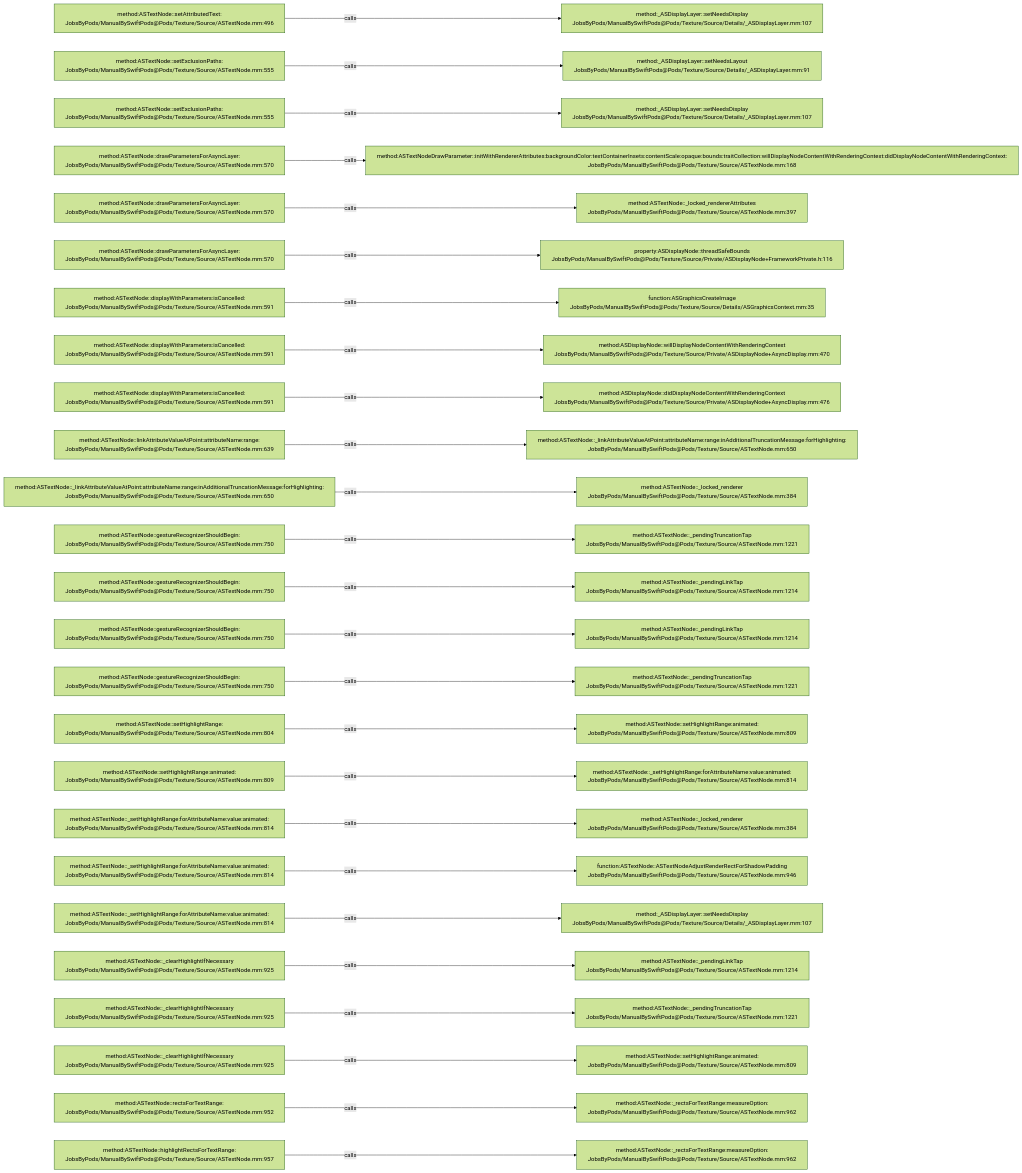
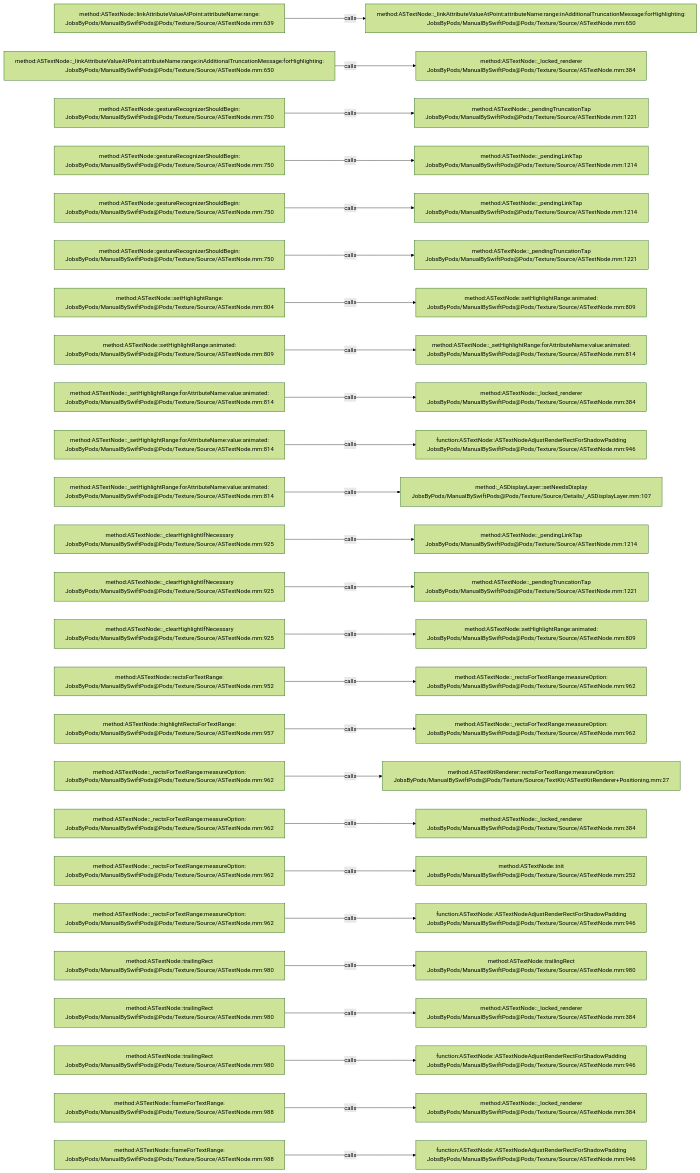
Before and after one commit to JobsKits/JobsSwiftBaseConfigDemo: the diagram in .codegraph/codegraph.md/graphs/calls-067.md, drawn with Mermaid (forest theme). The commit also changed 707 other files, not shown here.

````diff
--- a/.codegraph/codegraph.md/graphs/calls-067.md
+++ b/.codegraph/codegraph.md/graphs/calls-067.md
@@ -13,78 +13,78 @@
 ```mermaid
 flowchart LR
-  S1["method:ASTextNode::setAttributedText:<br/>JobsByPods/ManualBySwiftPods@Pods/Texture/Source/ASTextNode.mm:496"]
-  T1["method:_ASDisplayLayer::setNeedsDisplay<br/>JobsByPods/ManualBySwiftPods@Pods/Texture/Source/Details/_ASDisplayLayer.mm:107"]
+  S1["method:ASTextNode::linkAttributeValueAtPoint:attributeName:range:<br/>JobsByPods/ManualBySwiftPods@Pods/Texture/Source/ASTextNode.mm:639"]
+  T1["method:ASTextNode::_linkAttributeValueAtPoint:attributeName:range:inAdditionalTruncationMessage:forHighlighting:<br/>JobsByPods/ManualBySwiftPods@Pods/Texture/Source/ASTextNode.mm:650"]
   S1 -->|calls| T1
-  S2["method:ASTextNode::setExclusionPaths:<br/>JobsByPods/ManualBySwiftPods@Pods/Texture/Source/ASTextNode.mm:555"]
-  T2["method:_ASDisplayLayer::setNeedsLayout<br/>JobsByPods/ManualBySwiftPods@Pods/Texture/Source/Details/_ASDisplayLayer.mm:91"]
+  S2["method:ASTextNode::_linkAttributeValueAtPoint:attributeName:range:inAdditionalTruncationMessage:forHighlighting:<br/>JobsByPods/ManualBySwiftPods@Pods/Texture/Source/ASTextNode.mm:650"]
+  T2["method:ASTextNode::_locked_renderer<br/>JobsByPods/ManualBySwiftPods@Pods/Texture/Source/ASTextNode.mm:384"]
   S2 -->|calls| T2
-  S3["method:ASTextNode::setExclusionPaths:<br/>JobsByPods/ManualBySwiftPods@Pods/Texture/Source/ASTextNode.mm:555"]
-  T3["method:_ASDisplayLayer::setNeedsDisplay<br/>JobsByPods/ManualBySwiftPods@Pods/Texture/Source/Details/_ASDisplayLayer.mm:107"]
+  S3["method:ASTextNode::gestureRecognizerShouldBegin:<br/>JobsByPods/ManualBySwiftPods@Pods/Texture/Source/ASTextNode.mm:750"]
+  T3["method:ASTextNode::_pendingTruncationTap<br/>JobsByPods/ManualBySwiftPods@Pods/Texture/Source/ASTextNode.mm:1221"]
   S3 -->|calls| T3
-  S4["method:ASTextNode::drawParametersForAsyncLayer:<br/>JobsByPods/ManualBySwiftPods@Pods/Texture/Source/ASTextNode.mm:570"]
-  T4["method:ASTextNodeDrawParameter::initWithRendererAttributes:backgroundColor:textContainerInsets:contentScale:opaque:bounds:traitCollection:willDisplayNodeContentWithRenderingContext:didDisplayNodeContentWithRenderingContext:<br/>JobsByPods/ManualBySwiftPods@Pods/Texture/Source/ASTextNode.mm:168"]
+  S4["method:ASTextNode::gestureRecognizerShouldBegin:<br/>JobsByPods/ManualBySwiftPods@Pods/Texture/Source/ASTextNode.mm:750"]
+  T4["method:ASTextNode::_pendingLinkTap<br/>JobsByPods/ManualBySwiftPods@Pods/Texture/Source/ASTextNode.mm:1214"]
   S4 -->|calls| T4
-  S5["method:ASTextNode::drawParametersForAsyncLayer:<br/>JobsByPods/ManualBySwiftPods@Pods/Texture/Source/ASTextNode.mm:570"]
-  T5["method:ASTextNode::_locked_rendererAttributes<br/>JobsByPods/ManualBySwiftPods@Pods/Texture/Source/ASTextNode.mm:397"]
+  S5["method:ASTextNode::gestureRecognizerShouldBegin:<br/>JobsByPods/ManualBySwiftPods@Pods/Texture/Source/ASTextNode.mm:750"]
+  T5["method:ASTextNode::_pendingLinkTap<br/>JobsByPods/ManualBySwiftPods@Pods/Texture/Source/ASTextNode.mm:1214"]
   S5 -->|calls| T5
-  S6["method:ASTextNode::drawParametersForAsyncLayer:<br/>JobsByPods/ManualBySwiftPods@Pods/Texture/Source/ASTextNode.mm:570"]
-  T6["property:ASDisplayNode::threadSafeBounds<br/>JobsByPods/ManualBySwiftPods@Pods/Texture/Source/Private/ASDisplayNode+FrameworkPrivate.h:116"]
+  S6["method:ASTextNode::gestureRecognizerShouldBegin:<br/>JobsByPods/ManualBySwiftPods@Pods/Texture/Source/ASTextNode.mm:750"]
+  T6["method:ASTextNode::_pendingTruncationTap<br/>JobsByPods/ManualBySwiftPods@Pods/Texture/Source/ASTextNode.mm:1221"]
   S6 -->|calls| T6
-  S7["method:ASTextNode::displayWithParameters:isCancelled:<br/>JobsByPods/ManualBySwiftPods@Pods/Texture/Source/ASTextNode.mm:591"]
-  T7["function:ASGraphicsCreateImage<br/>JobsByPods/ManualBySwiftPods@Pods/Texture/Source/Details/ASGraphicsContext.mm:35"]
+  S7["method:ASTextNode::setHighlightRange:<br/>JobsByPods/ManualBySwiftPods@Pods/Texture/Source/ASTextNode.mm:804"]
+  T7["method:ASTextNode::setHighlightRange:animated:<br/>JobsByPods/ManualBySwiftPods@Pods/Texture/Source/ASTextNode.mm:809"]
   S7 -->|calls| T7
-  S8["method:ASTextNode::displayWithParameters:isCancelled:<br/>JobsByPods/ManualBySwiftPods@Pods/Texture/Source/ASTextNode.mm:591"]
-  T8["method:ASDisplayNode::willDisplayNodeContentWithRenderingContext<br/>JobsByPods/ManualBySwiftPods@Pods/Texture/Source/Private/ASDisplayNode+AsyncDisplay.mm:470"]
+  S8["method:ASTextNode::setHighlightRange:animated:<br/>JobsByPods/ManualBySwiftPods@Pods/Texture/Source/ASTextNode.mm:809"]
+  T8["method:ASTextNode::_setHighlightRange:forAttributeName:value:animated:<br/>JobsByPods/ManualBySwiftPods@Pods/Texture/Source/ASTextNode.mm:814"]
   S8 -->|calls| T8
-  S9["method:ASTextNode::displayWithParameters:isCancelled:<br/>JobsByPods/ManualBySwiftPods@Pods/Texture/Source/ASTextNode.mm:591"]
-  T9["method:ASDisplayNode::didDisplayNodeContentWithRenderingContext<br/>JobsByPods/ManualBySwiftPods@Pods/Texture/Source/Private/ASDisplayNode+AsyncDisplay.mm:476"]
+  S9["method:ASTextNode::_setHighlightRange:forAttributeName:value:animated:<br/>JobsByPods/ManualBySwiftPods@Pods/Texture/Source/ASTextNode.mm:814"]
+  T9["method:ASTextNode::_locked_renderer<br/>JobsByPods/ManualBySwiftPods@Pods/Texture/Source/ASTextNode.mm:384"]
   S9 -->|calls| T9
-  S10["method:ASTextNode::linkAttributeValueAtPoint:attributeName:range:<br/>JobsByPods/ManualBySwiftPods@Pods/Texture/Source/ASTextNode.mm:639"]
-  T10["method:ASTextNode::_linkAttributeValueAtPoint:attributeName:range:inAdditionalTruncationMessage:forHighlighting:<br/>JobsByPods/ManualBySwiftPods@Pods/Texture/Source/ASTextNode.mm:650"]
+  S10["method:ASTextNode::_setHighlightRange:forAttributeName:value:animated:<br/>JobsByPods/ManualBySwiftPods@Pods/Texture/Source/ASTextNode.mm:814"]
+  T10["function:ASTextNode::ASTextNodeAdjustRenderRectForShadowPadding<br/>JobsByPods/ManualBySwiftPods@Pods/Texture/Source/ASTextNode.mm:946"]
   S10 -->|calls| T10
-  S11["method:ASTextNode::_linkAttributeValueAtPoint:attributeName:range:inAdditionalTruncationMessage:forHighlighting:<br/>JobsByPods/ManualBySwiftPods@Pods/Texture/Source/ASTextNode.mm:650"]
-  T11["method:ASTextNode::_locked_renderer<br/>JobsByPods/ManualBySwiftPods@Pods/Texture/Source/ASTextNode.mm:384"]
+  S11["method:ASTextNode::_setHighlightRange:forAttributeName:value:animated:<br/>JobsByPods/ManualBySwiftPods@Pods/Texture/Source/ASTextNode.mm:814"]
+  T11["method:_ASDisplayLayer::setNeedsDisplay<br/>JobsByPods/ManualBySwiftPods@Pods/Texture/Source/Details/_ASDisplayLayer.mm:107"]
   S11 -->|calls| T11
-  S12["method:ASTextNode::gestureRecognizerShouldBegin:<br/>JobsByPods/ManualBySwiftPods@Pods/Texture/Source/ASTextNode.mm:750"]
-  T12["method:ASTextNode::_pendingTruncationTap<br/>JobsByPods/ManualBySwiftPods@Pods/Texture/Source/ASTextNode.mm:1221"]
+  S12["method:ASTextNode::_clearHighlightIfNecessary<br/>JobsByPods/ManualBySwiftPods@Pods/Texture/Source/ASTextNode.mm:925"]
+  T12["method:ASTextNode::_pendingLinkTap<br/>JobsByPods/ManualBySwiftPods@Pods/Texture/Source/ASTextNode.mm:1214"]
   S12 -->|calls| T12
-  S13["method:ASTextNode::gestureRecognizerShouldBegin:<br/>JobsByPods/ManualBySwiftPods@Pods/Texture/Source/ASTextNode.mm:750"]
-  T13["method:ASTextNode::_pendingLinkTap<br/>JobsByPods/ManualBySwiftPods@Pods/Texture/Source/ASTextNode.mm:1214"]
+  S13["method:ASTextNode::_clearHighlightIfNecessary<br/>JobsByPods/ManualBySwiftPods@Pods/Texture/Source/ASTextNode.mm:925"]
+  T13["method:ASTextNode::_pendingTruncationTap<br/>JobsByPods/ManualBySwiftPods@Pods/Texture/Source/ASTextNode.mm:1221"]
   S13 -->|calls| T13
-  S14["method:ASTextNode::gestureRecognizerShouldBegin:<br/>JobsByPods/ManualBySwiftPods@Pods/Texture/Source/ASTextNode.mm:750"]
-  T14["method:ASTextNode::_pendingLinkTap<br/>JobsByPods/ManualBySwiftPods@Pods/Texture/Source/ASTextNode.mm:1214"]
+  S14["method:ASTextNode::_clearHighlightIfNecessary<br/>JobsByPods/ManualBySwiftPods@Pods/Texture/Source/ASTextNode.mm:925"]
+  T14["method:ASTextNode::setHighlightRange:animated:<br/>JobsByPods/ManualBySwiftPods@Pods/Texture/Source/ASTextNode.mm:809"]
   S14 -->|calls| T14
-  S15["method:ASTextNode::gestureRecognizerShouldBegin:<br/>JobsByPods/ManualBySwiftPods@Pods/Texture/Source/ASTextNode.mm:750"]
-  T15["method:ASTextNode::_pendingTruncationTap<br/>JobsByPods/ManualBySwiftPods@Pods/Texture/Source/ASTextNode.mm:1221"]
+  S15["method:ASTextNode::rectsForTextRange:<br/>JobsByPods/ManualBySwiftPods@Pods/Texture/Source/ASTextNode.mm:952"]
+  T15["method:ASTextNode::_rectsForTextRange:measureOption:<br/>JobsByPods/ManualBySwiftPods@Pods/Texture/Source/ASTextNode.mm:962"]
   S15 -->|calls| T15
-  S16["method:ASTextNode::setHighlightRange:<br/>JobsByPods/ManualBySwiftPods@Pods/Texture/Source/ASTextNode.mm:804"]
-  T16["method:ASTextNode::setHighlightRange:animated:<br/>JobsByPods/ManualBySwiftPods@Pods/Texture/Source/ASTextNode.mm:809"]
+  S16["method:ASTextNode::highlightRectsForTextRange:<br/>JobsByPods/ManualBySwiftPods@Pods/Texture/Source/ASTextNode.mm:957"]
+  T16["method:ASTextNode::_rectsForTextRange:measureOption:<br/>JobsByPods/ManualBySwiftPods@Pods/Texture/Source/ASTextNode.mm:962"]
   S16 -->|calls| T16
-  S17["method:ASTextNode::setHighlightRange:animated:<br/>JobsByPods/ManualBySwiftPods@Pods/Texture/Source/ASTextNode.mm:809"]
-  T17["method:ASTextNode::_setHighlightRange:forAttributeName:value:animated:<br/>JobsByPods/ManualBySwiftPods@Pods/Texture/Source/ASTextNode.mm:814"]
+  S17["method:ASTextNode::_rectsForTextRange:measureOption:<br/>JobsByPods/ManualBySwiftPods@Pods/Texture/Source/ASTextNode.mm:962"]
+  T17["method:ASTextKitRenderer::rectsForTextRange:measureOption:<br/>JobsByPods/ManualBySwiftPods@Pods/Texture/Source/TextKit/ASTextKitRenderer+Positioning.mm:27"]
   S17 -->|calls| T17
-  S18["method:ASTextNode::_setHighlightRange:forAttributeName:value:animated:<br/>JobsByPods/ManualBySwiftPods@Pods/Texture/Source/ASTextNode.mm:814"]
+  S18["method:ASTextNode::_rectsForTextRange:measureOption:<br/>JobsByPods/ManualBySwiftPods@Pods/Texture/Source/ASTextNode.mm:962"]
   T18["method:ASTextNode::_locked_renderer<br/>JobsByPods/ManualBySwiftPods@Pods/Texture/Source/ASTextNode.mm:384"]
   S18 -->|calls| T18
-  S19["method:ASTextNode::_setHighlightRange:forAttributeName:value:animated:<br/>JobsByPods/ManualBySwiftPods@Pods/Texture/Source/ASTextNode.mm:814"]
-  T19["function:ASTextNode::ASTextNodeAdjustRenderRectForShadowPadding<br/>JobsByPods/ManualBySwiftPods@Pods/Texture/Source/ASTextNode.mm:946"]
+  S19["method:ASTextNode::_rectsForTextRange:measureOption:<br/>JobsByPods/ManualBySwiftPods@Pods/Texture/Source/ASTextNode.mm:962"]
+  T19["method:ASTextNode::init<br/>JobsByPods/ManualBySwiftPods@Pods/Texture/Source/ASTextNode.mm:252"]
   S19 -->|calls| T19
-  S20["method:ASTextNode::_setHighlightRange:forAttributeName:value:animated:<br/>JobsByPods/ManualBySwiftPods@Pods/Texture/Source/ASTextNode.mm:814"]
-  T20["method:_ASDisplayLayer::setNeedsDisplay<br/>JobsByPods/ManualBySwiftPods@Pods/Texture/Source/Details/_ASDisplayLayer.mm:107"]
+  S20["method:ASTextNode::_rectsForTextRange:measureOption:<br/>JobsByPods/ManualBySwiftPods@Pods/Texture/Source/ASTextNode.mm:962"]
+  T20["function:ASTextNode::ASTextNodeAdjustRenderRectForShadowPadding<br/>JobsByPods/ManualBySwiftPods@Pods/Texture/Source/ASTextNode.mm:946"]
   S20 -->|calls| T20
-  S21["method:ASTextNode::_clearHighlightIfNecessary<br/>JobsByPods/ManualBySwiftPods@Pods/Texture/Source/ASTextNode.mm:925"]
-  T21["method:ASTextNode::_pendingLinkTap<br/>JobsByPods/ManualBySwiftPods@Pods/Texture/Source/ASTextNode.mm:1214"]
+  S21["method:ASTextNode::trailingRect<br/>JobsByPods/ManualBySwiftPods@Pods/Texture/Source/ASTextNode.mm:980"]
+  T21["method:ASTextNode::trailingRect<br/>JobsByPods/ManualBySwiftPods@Pods/Texture/Source/ASTextNode.mm:980"]
   S21 -->|calls| T21
-  S22["method:ASTextNode::_clearHighlightIfNecessary<br/>JobsByPods/ManualBySwiftPods@Pods/Texture/Source/ASTextNode.mm:925"]
-  T22["method:ASTextNode::_pendingTruncationTap<br/>JobsByPods/ManualBySwiftPods@Pods/Texture/Source/ASTextNode.mm:1221"]
+  S22["method:ASTextNode::trailingRect<br/>JobsByPods/ManualBySwiftPods@Pods/Texture/Source/ASTextNode.mm:980"]
+  T22["method:ASTextNode::_locked_renderer<br/>JobsByPods/ManualBySwiftPods@Pods/Texture/Source/ASTextNode.mm:384"]
   S22 -->|calls| T22
-  S23["method:ASTextNode::_clearHighlightIfNecessary<br/>JobsByPods/ManualBySwiftPods@Pods/Texture/Source/ASTextNode.mm:925"]
-  T23["method:ASTextNode::setHighlightRange:animated:<br/>JobsByPods/ManualBySwiftPods@Pods/Texture/Source/ASTextNode.mm:809"]
+  S23["method:ASTextNode::trailingRect<br/>JobsByPods/ManualBySwiftPods@Pods/Texture/Source/ASTextNode.mm:980"]
+  T23["function:ASTextNode::ASTextNodeAdjustRenderRectForShadowPadding<br/>JobsByPods/ManualBySwiftPods@Pods/Texture/Source/ASTextNode.mm:946"]
   S23 -->|calls| T23
-  S24["method:ASTextNode::rectsForTextRange:<br/>JobsByPods/ManualBySwiftPods@Pods/Texture/Source/ASTextNode.mm:952"]
-  T24["method:ASTextNode::_rectsForTextRange:measureOption:<br/>JobsByPods/ManualBySwiftPods@Pods/Texture/Source/ASTextNode.mm:962"]
+  S24["method:ASTextNode::frameForTextRange:<br/>JobsByPods/ManualBySwiftPods@Pods/Texture/Source/ASTextNode.mm:988"]
+  T24["method:ASTextNode::_locked_renderer<br/>JobsByPods/ManualBySwiftPods@Pods/Texture/Source/ASTextNode.mm:384"]
   S24 -->|calls| T24
-  S25["method:ASTextNode::highlightRectsForTextRange:<br/>JobsByPods/ManualBySwiftPods@Pods/Texture/Source/ASTextNode.mm:957"]
-  T25["method:ASTextNode::_rectsForTextRange:measureOption:<br/>JobsByPods/ManualBySwiftPods@Pods/Texture/Source/ASTextNode.mm:962"]
+  S25["method:ASTextNode::frameForTextRange:<br/>JobsByPods/ManualBySwiftPods@Pods/Texture/Source/ASTextNode.mm:988"]
+  T25["function:ASTextNode::ASTextNodeAdjustRenderRectForShadowPadding<br/>JobsByPods/ManualBySwiftPods@Pods/Texture/Source/ASTextNode.mm:946"]
   S25 -->|calls| T25
 ```
````
